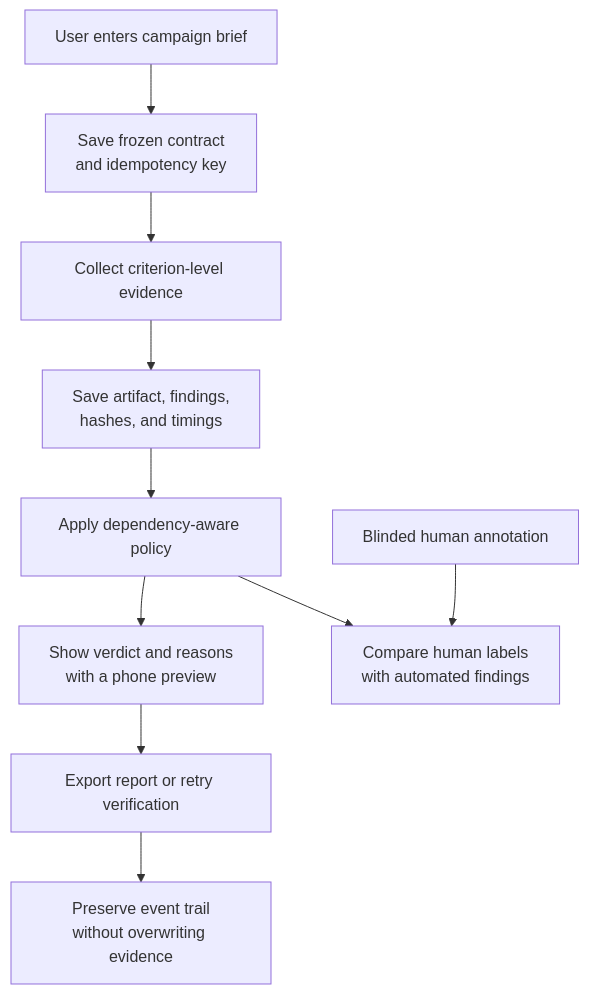
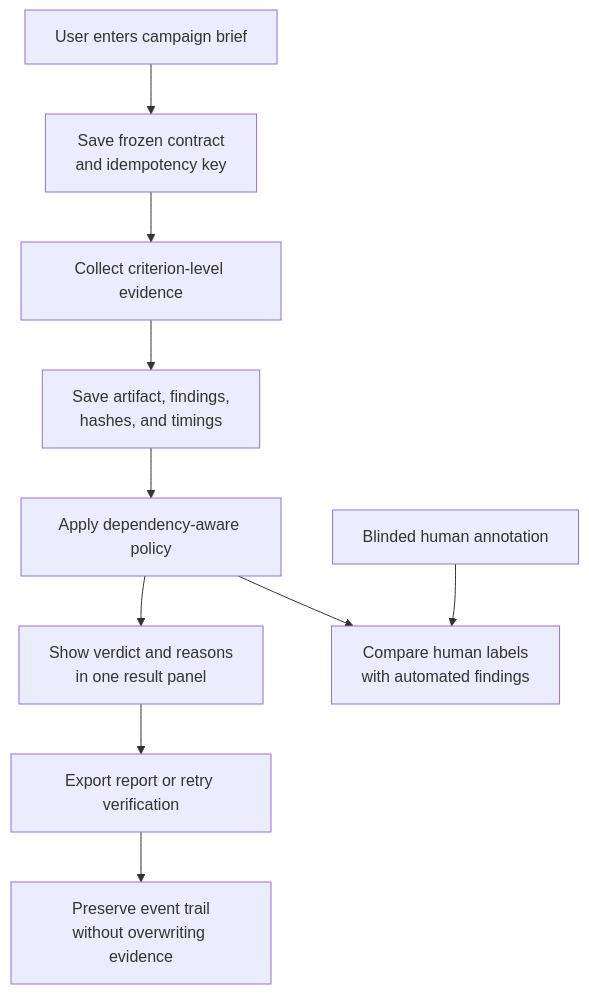
Before and after one commit to manas8127/proofad: the second of 3 diagrams in README.md, drawn with Mermaid. The commit also changed other lines of this file and 14 other files, not shown here.

````diff
--- a/README.md
+++ b/README.md
@@ -243,12 +241,12 @@
 ```mermaid
 flowchart TD
     User[User enters campaign brief] --> Contract[Save frozen contract<br/>and idempotency key]
     Contract --> Inspect[Collect criterion-level evidence]
     Inspect --> Record[Save artifact, findings,<br/>hashes, and timings]
     Record --> Decision[Apply dependency-aware policy]
-    Decision --> Report[Show verdict and reasons<br/>with a phone preview]
+    Decision --> Report[Show verdict and reasons<br/>in one result panel]
     Report --> Retry[Export report or retry verification]
     Retry --> Trail[Preserve event trail<br/>without overwriting evidence]
     Human[Blinded human annotation] --> Compare[Compare human labels<br/>with automated findings]
     Decision --> Compare
 ```
````
